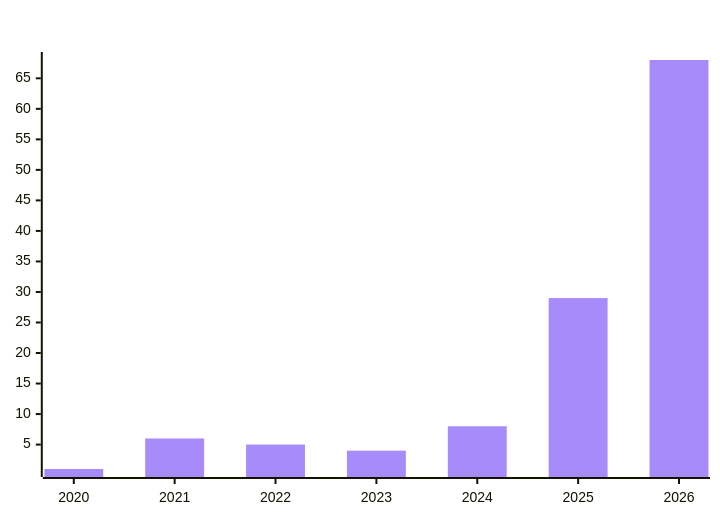
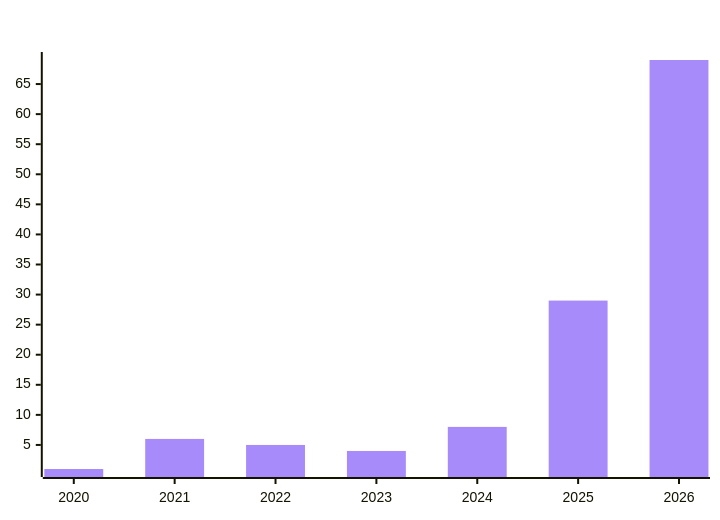
Before and after one commit to polo-nyan/polo-nyan: the sixth of 7 diagrams in README.md, drawn with Mermaid. The commit also changed other lines of this file and 1 other file, not shown here.

````diff
--- a/README.md
+++ b/README.md
@@ -387,7 +387,7 @@
 ```mermaid
 %%{init: {"xyChart": {"titleColor": "#ffffff", "xAxisLabelColor": "#ffffff", "yAxisLabelColor": "#ffffff"}, "themeVariables": {"xyChart": {"titleColor": "#ffffff", "plotColorPalette": "#a78bfa"}}}}%%
 xychart-beta
     title "Repos Created Per Year"
     x-axis ["2020", "2021", "2022", "2023", "2024", "2025", "2026"]
-    bar [1, 6, 5, 4, 8, 29, 68]
+    bar [1, 6, 5, 4, 8, 29, 69]
 ```
````
